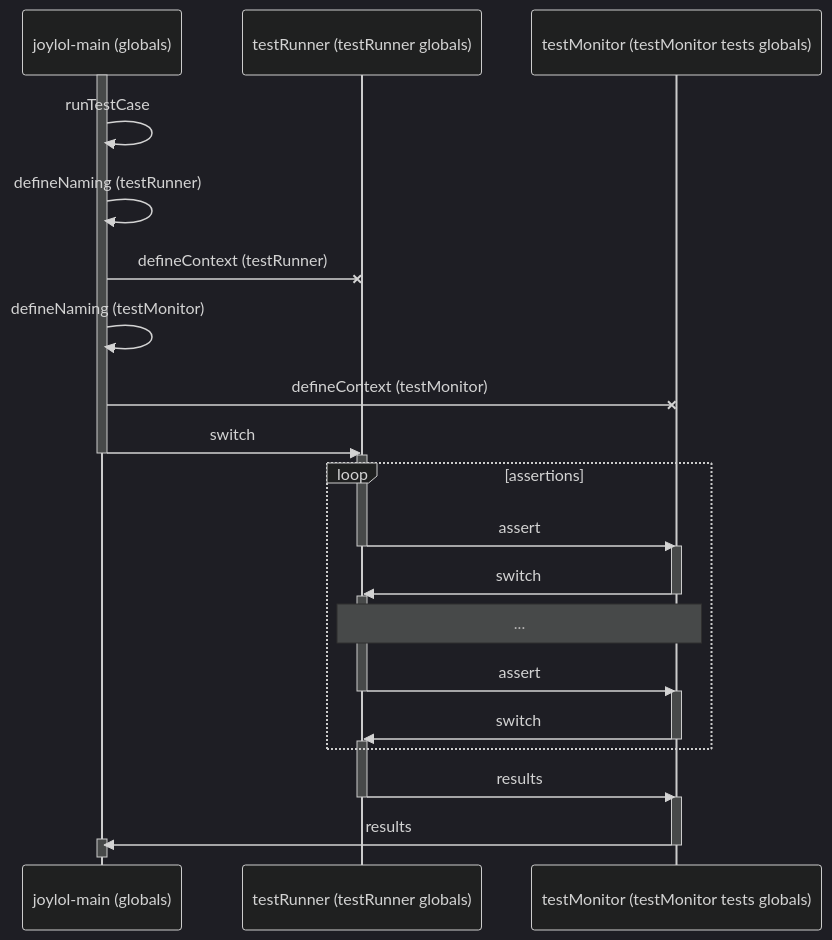
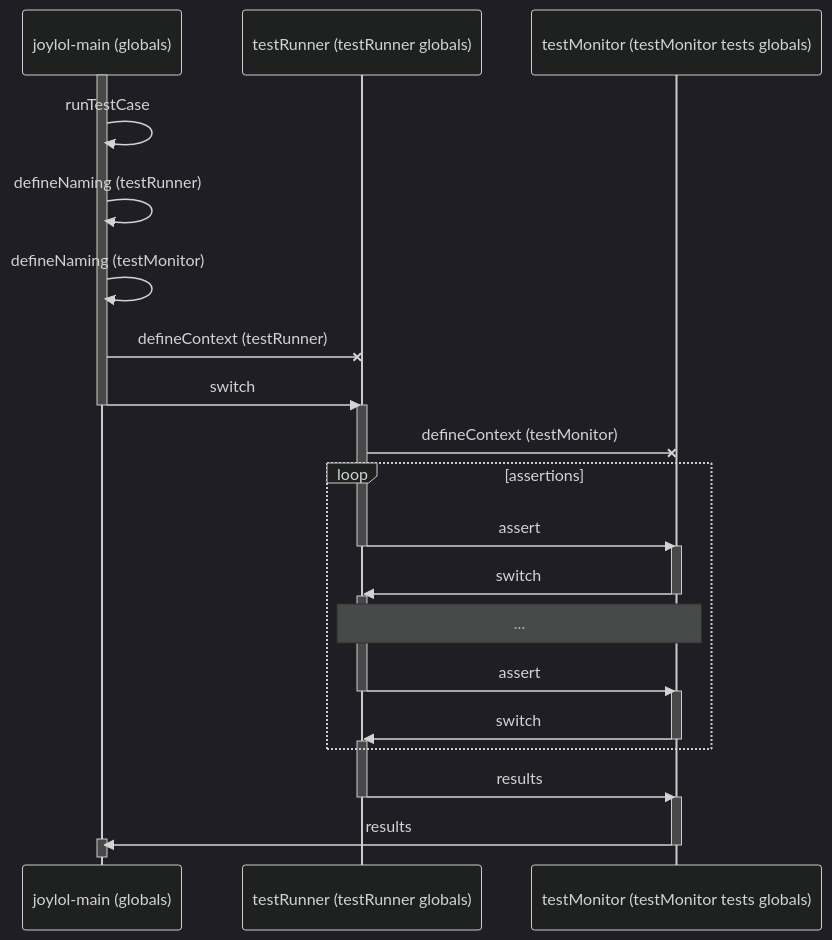
Before and after one commit to stephengaito/documentArchive: the diagram in module/t-joylol-coalg/doc/context/third/joyLoLCoAlg/runJoylolTestCase.mmd, drawn with Mermaid (dark theme). The commit also changed 4 other files, not shown here.

```diff
--- a/module/t-joylol-coalg/doc/context/third/joyLoLCoAlg/runJoylolTestCase.mmd
+++ b/module/t-joylol-coalg/doc/context/third/joyLoLCoAlg/runJoylolTestCase.mmd
@@ -1,37 +1,37 @@
 sequenceDiagram
   participant m as joylol-main (globals)
   participant tr as testRunner (testRunner globals)
   participant tm as testMonitor (testMonitor tests globals)
 
   %% specify context switches
   activate m
-  m ->> m : runTestCase
-  m ->> m : defineNaming (testRunner)
-  m -X tr : defineContext (testRunner)
-  m ->> m : defineNaming (testMonitor)
-  m -X tm : defineContext (testMonitor)
-  m ->> tr : switch
+  m  ->> m : runTestCase
+  m  ->> m : defineNaming (testRunner)
+  m  ->> m : defineNaming (testMonitor)
+  m  -X tr : defineContext (testRunner)
+  m  ->> tr : switch
   deactivate m
   activate tr
+  tr -X tm : defineContext (testMonitor)
   loop assertions
     tr ->> tm : assert
     deactivate tr
     activate tm
     tm ->> tr : switch
     deactivate tm
     activate tr
     note over tr,tm :     ...
     tr ->> tm : assert
     deactivate tr
     activate tm
     tm ->> tr : switch
     deactivate tm
     activate tr
   end
   tr ->> tm : results
   deactivate tr
   activate tm
   tm ->> m : results
   deactivate tm
   activate m
   deactivate m
```
